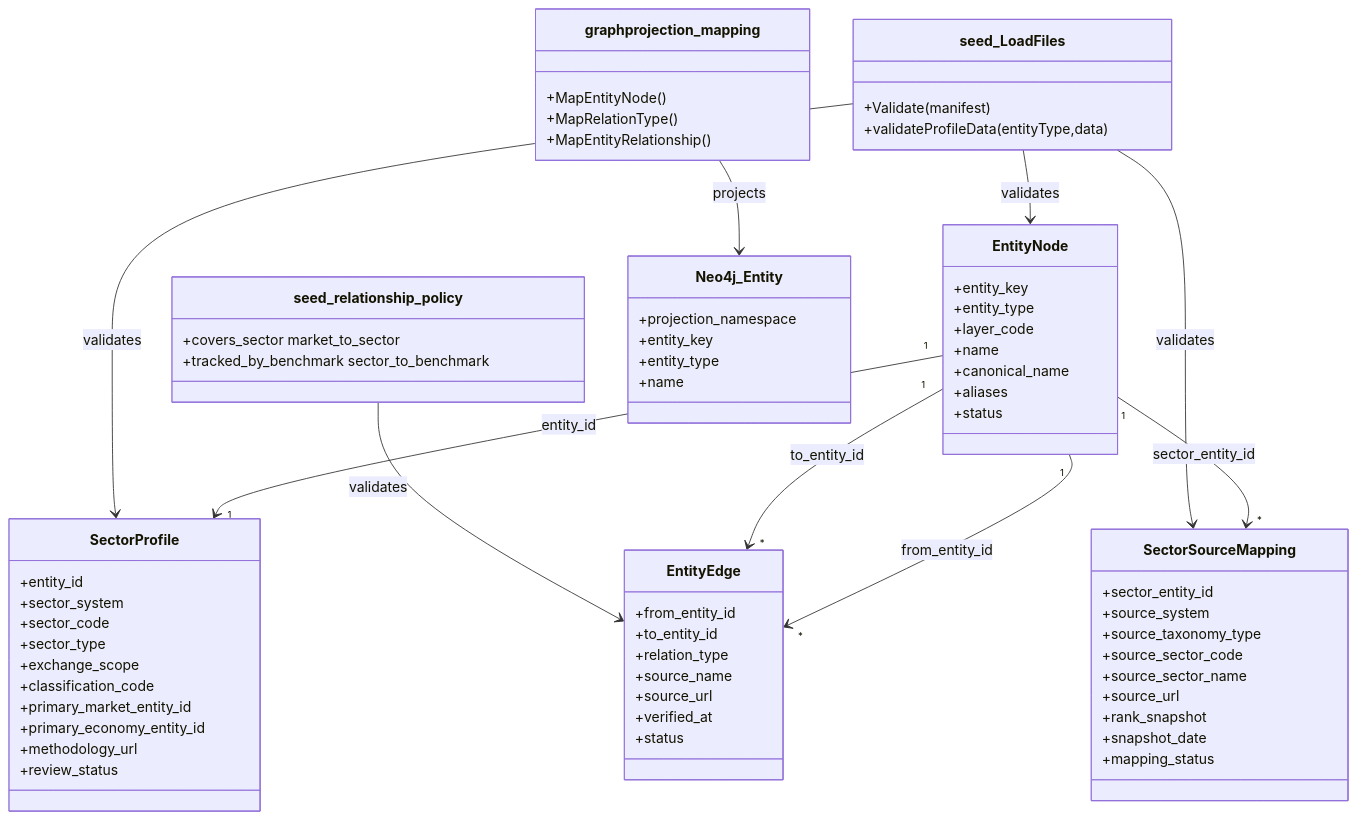
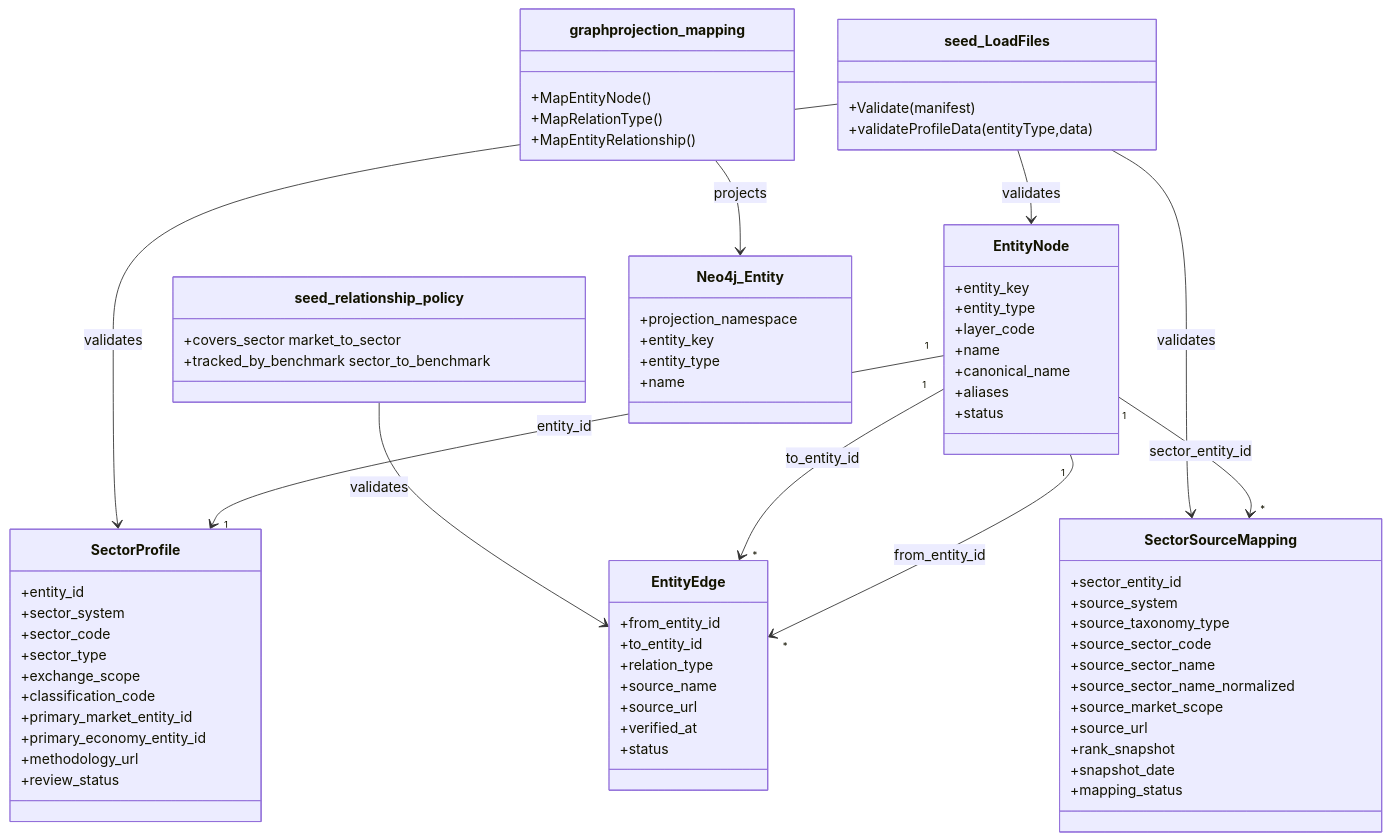
Before and after one commit to meierlink88/tidewise-ai: the second of 2 diagrams in openspec/changes/add-market-sector-foundation/design.md, drawn with Mermaid. The commit also changed other lines of this file and 3 other files, not shown here.

Commit message:
spec: address second market sector review

````diff
--- a/openspec/changes/add-market-sector-foundation/design.md
+++ b/openspec/changes/add-market-sector-foundation/design.md
@@ -243,73 +248,75 @@
 ```mermaid
 classDiagram
     class EntityNode {
         +entity_key
         +entity_type
         +layer_code
         +name
         +canonical_name
         +aliases
         +status
     }
     class SectorProfile {
         +entity_id
         +sector_system
         +sector_code
         +sector_type
         +exchange_scope
         +classification_code
         +primary_market_entity_id
         +primary_economy_entity_id
         +methodology_url
         +review_status
     }
     class SectorSourceMapping {
         +sector_entity_id
         +source_system
         +source_taxonomy_type
         +source_sector_code
         +source_sector_name
+        +source_sector_name_normalized
+        +source_market_scope
         +source_url
         +rank_snapshot
         +snapshot_date
         +mapping_status
     }
     class EntityEdge {
         +from_entity_id
         +to_entity_id
         +relation_type
         +source_name
         +source_url
         +verified_at
         +status
     }
     class seed_LoadFiles {
         +Validate(manifest)
         +validateProfileData(entityType,data)
     }
     class seed_relationship_policy {
         +covers_sector market_to_sector
         +tracked_by_benchmark sector_to_benchmark
     }
     class graphprojection_mapping {
         +MapEntityNode()
         +MapRelationType()
         +MapEntityRelationship()
     }
     class Neo4j_Entity {
         +projection_namespace
         +entity_key
         +entity_type
         +name
     }
 
     EntityNode "1" --> "1" SectorProfile : entity_id
     EntityNode "1" --> "*" SectorSourceMapping : sector_entity_id
     EntityNode "1" --> "*" EntityEdge : from_entity_id
     EntityNode "1" --> "*" EntityEdge : to_entity_id
     seed_LoadFiles --> EntityNode : validates
     seed_LoadFiles --> SectorProfile : validates
     seed_LoadFiles --> SectorSourceMapping : validates
     seed_relationship_policy --> EntityEdge : validates
     graphprojection_mapping --> Neo4j_Entity : projects
 ```
````
